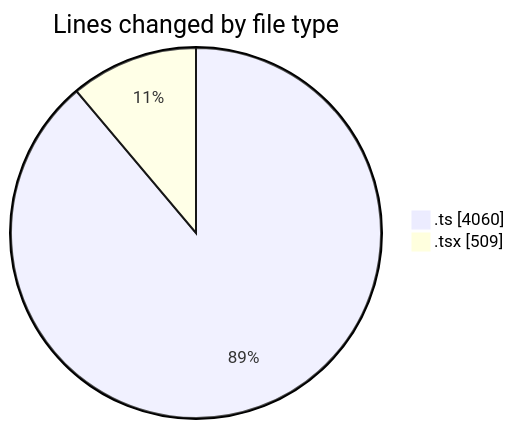
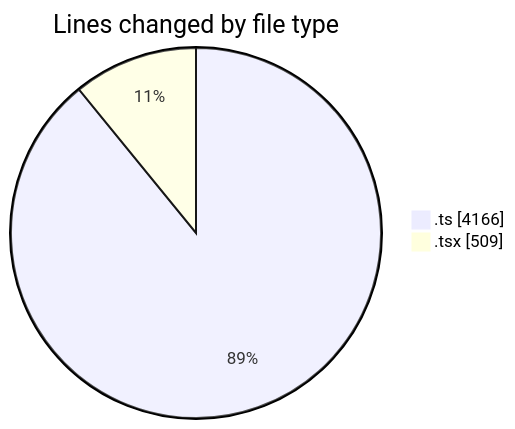
The first of 2 diagrams in 2025-11-28/cda/README.md (momahboobian/code-tracking), drawn with Mermaid before and after one commit. The commit also changed other lines of this file and 1 other file, not shown here.

````diff
--- a/2025-11-28/cda/README.md
+++ b/2025-11-28/cda/README.md
@@ -23,6 +24,6 @@
 ```mermaid
 pie showData
 title Lines changed by file type
-".ts" : 4060
+".ts" : 4166
 ".tsx" : 509
 ```
````
